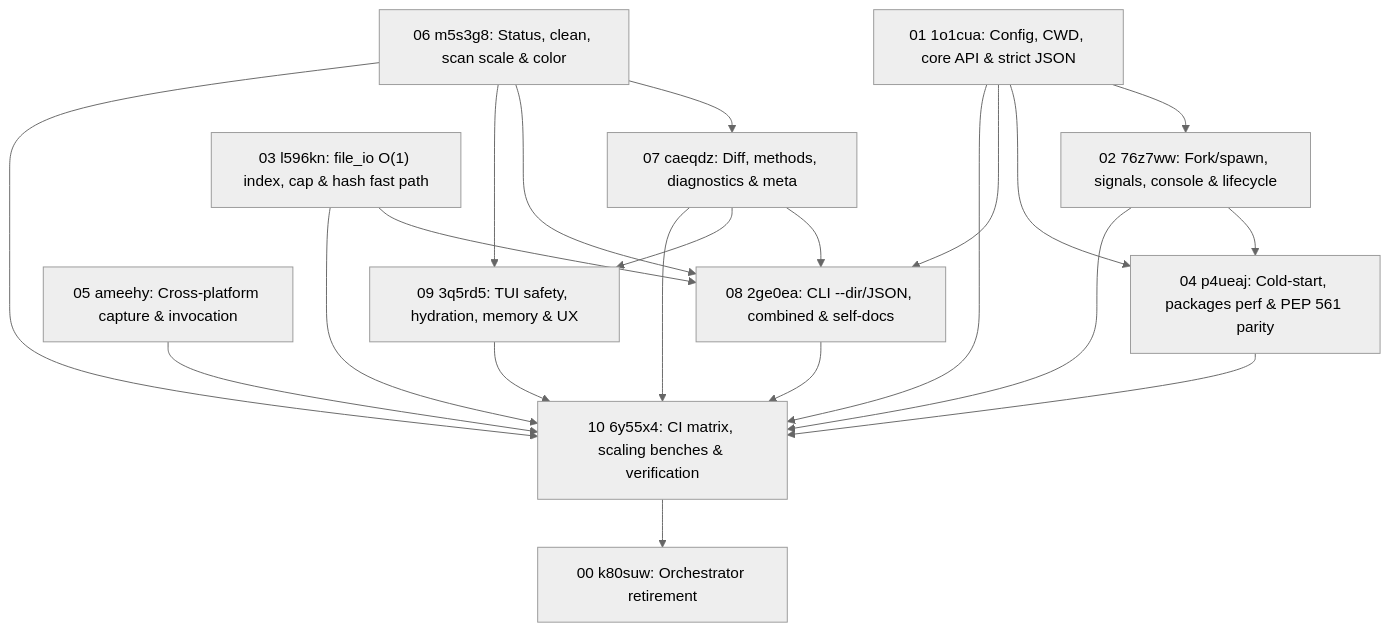
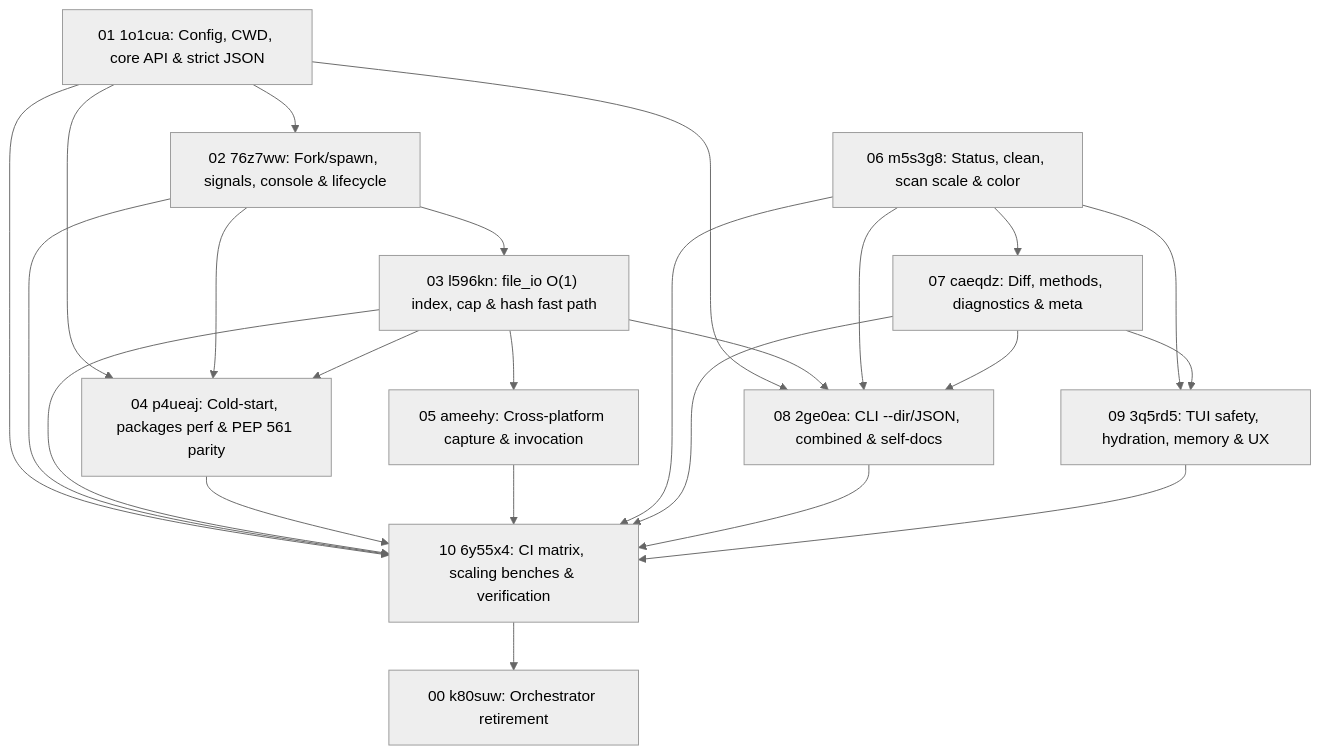
One commit to fariello/pubrun changed the diagram in .aw/records/plans/pending/20261127-assess-8l-00-k80suw-eight-lens-cross-concern-assessment-rollup-ui-ux-self-docs-c.ipd.md. Above: the diagram before and after it, drawn with Mermaid (neutral theme). The commit also changed other lines of this file and 1 other file, not shown here.

````diff
--- a/.aw/records/plans/pending/20261127-assess-8l-00-k80suw-eight-lens-cross-concern-assessment-rollup-ui-ux-self-docs-c.ipd.md
+++ b/.aw/records/plans/pending/20261127-assess-8l-00-k80suw-eight-lens-cross-concern-assessment-rollup-ui-ux-self-docs-c.ipd.md
@@ -36,35 +39,38 @@
 ```mermaid
 flowchart TD
     C1["01 1o1cua: Config, CWD, core API & strict JSON"]
     C2["02 76z7ww: Fork/spawn, signals, console & lifecycle"]
     C3["03 l596kn: file_io O(1) index, cap & hash fast path"]
     C4["04 p4ueaj: Cold-start, packages perf & PEP 561 parity"]
     C5["05 ameehy: Cross-platform capture & invocation"]
     C6["06 m5s3g8: Status, clean, scan scale & color"]
     C7["07 caeqdz: Diff, methods, diagnostics & meta"]
     C8["08 2ge0ea: CLI --dir/JSON, combined & self-docs"]
     C9["09 3q5rd5: TUI safety, hydration, memory & UX"]
     C10["10 6y55x4: CI matrix, scaling benches & verification"]
     ORCH["00 k80suw: Orchestrator retirement"]
 
     C1 --> C2
+    C2 --> C3
     C1 --> C4
     C2 --> C4
+    C3 --> C4
+    C3 --> C5
     C6 --> C7
     C1 --> C8
     C3 --> C8
     C6 --> C8
     C7 --> C8
     C6 --> C9
     C7 --> C9
     C1 --> C10
     C2 --> C10
     C3 --> C10
     C4 --> C10
     C5 --> C10
     C6 --> C10
     C7 --> C10
     C8 --> C10
     C9 --> C10
     C10 --> ORCH
 ```
````
